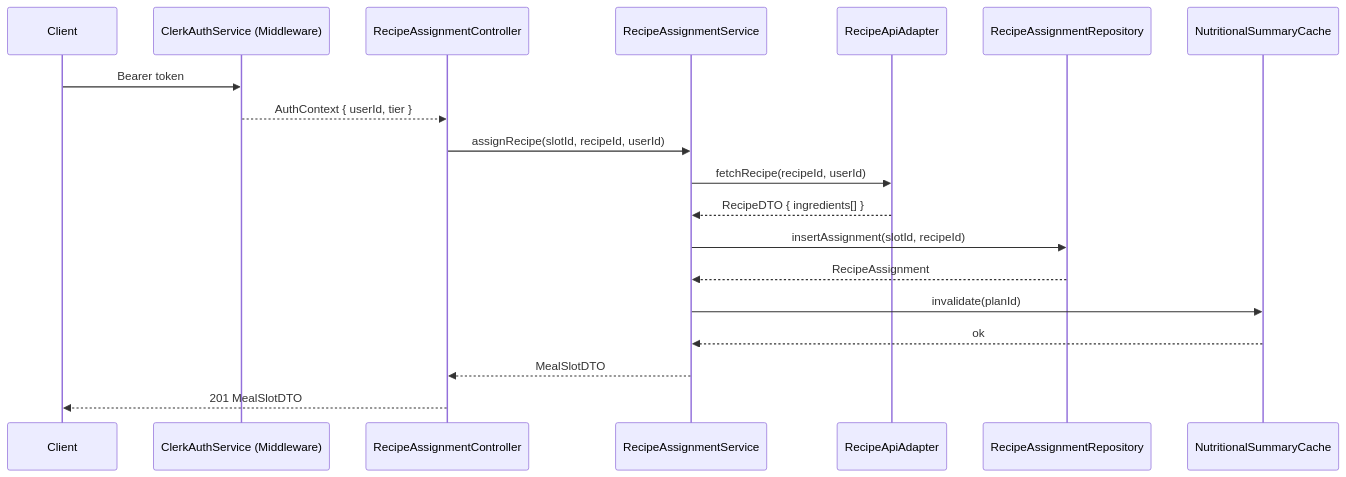
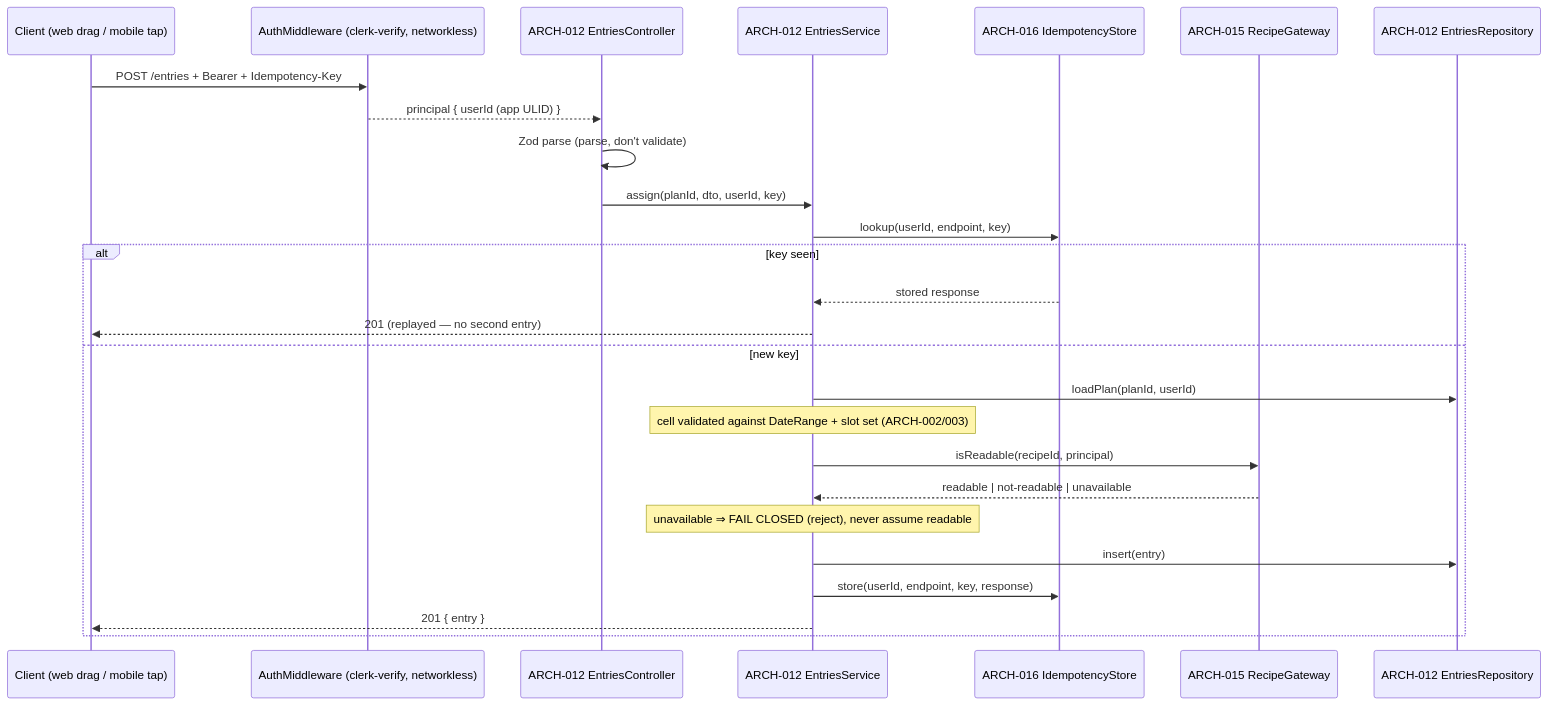
One commit to radicle-co/KitchenSink changed the first of 4 diagrams in specs/006-meal-planning/v-model/architecture-design.md. Above: the diagram before and after it, drawn with Mermaid. The commit also changed other lines of this file and 4289 other files, not shown here.

````diff
--- a/specs/006-meal-planning/v-model/architecture-design.md
+++ b/specs/006-meal-planning/v-model/architecture-design.md
@@ -51,22 +89,29 @@
 ```mermaid
 sequenceDiagram
-    participant Client
-    participant ARCH-018 as ClerkAuthService (Middleware)
-    participant ARCH-004 as RecipeAssignmentController
-    participant ARCH-005 as RecipeAssignmentService
-    participant ARCH-016 as RecipeApiAdapter
-    participant ARCH-006 as RecipeAssignmentRepository
-    participant ARCH-009 as NutritionalSummaryCache
+    participant C as Client (web drag / mobile tap)
+    participant MW as AuthMiddleware (clerk-verify, networkless)
+    participant CT as ARCH-012 EntriesController
+    participant SV as ARCH-012 EntriesService
+    participant ID as ARCH-016 IdempotencyStore
+    participant GW as ARCH-015 RecipeGateway
+    participant RP as ARCH-012 EntriesRepository
 
-    Client->>ARCH-018: Bearer token
-    ARCH-018-->>ARCH-004: AuthContext { userId, tier }
-    ARCH-004->>ARCH-005: assignRecipe(slotId, recipeId, userId)
-    ARCH-005->>ARCH-016: fetchRecipe(recipeId, userId)
-    ARCH-016-->>ARCH-005: RecipeDTO { ingredients[] }
-    ARCH-005->>ARCH-006: insertAssignment(slotId, recipeId)
-    ARCH-006-->>ARCH-005: RecipeAssignment
-    ARCH-005->>ARCH-009: invalidate(planId)
-    ARCH-009-->>ARCH-005: ok
-    ARCH-005-->>ARCH-004: MealSlotDTO
-    ARCH-004-->>Client: 201 MealSlotDTO
+    C->>MW: POST /entries + Bearer + Idempotency-Key
+    MW-->>CT: principal { userId (app ULID) }
+    CT->>CT: Zod parse (parse, don't validate)
+    CT->>SV: assign(planId, dto, userId, key)
+    SV->>ID: lookup(userId, endpoint, key)
+    alt key seen
+        ID-->>SV: stored response
+        SV-->>C: 201 (replayed — no second entry)
+    else new key
+        SV->>RP: loadPlan(planId, userId)
+        Note over SV: cell validated against DateRange + slot set (ARCH-002/003)
+        SV->>GW: isReadable(recipeId, principal)
+        GW-->>SV: readable | not-readable | unavailable
+        Note over SV: unavailable ⇒ FAIL CLOSED (reject), never assume readable
+        SV->>RP: insert(entry)
+        SV->>ID: store(userId, endpoint, key, response)
+        SV-->>C: 201 { entry }
+    end
 ```
````
